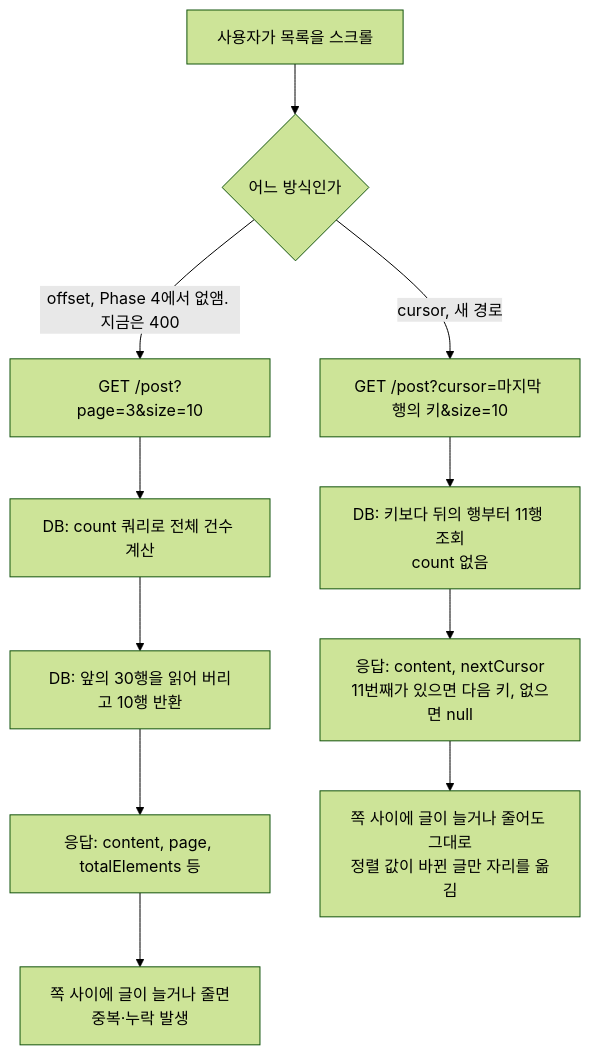
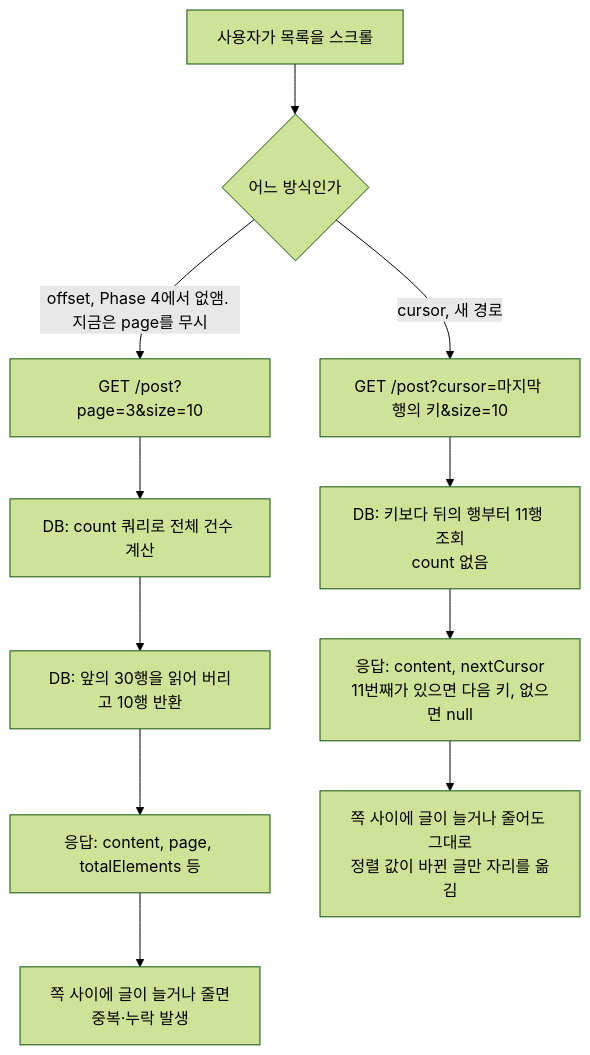
The first of 3 diagrams in docs/PAGINATION.md (BAECHAN/link-sphere_BE_NEW), drawn with Mermaid (forest theme) before and after one commit. The commit also changed other lines of this file and 12 other files, not shown here.

First line of the commit message:
refactor(post): page를 400으로 끝내던 코드도 지워 page는 무시함 (#198)

````diff
--- a/docs/PAGINATION.md
+++ b/docs/PAGINATION.md
@@ -20,13 +20,13 @@
 ```mermaid
 flowchart TD
   A["사용자가 목록을 스크롤"] --> B{"어느 방식인가"}
-  B -->|"offset, Phase 4에서 없앰. 지금은 400"| C["GET /post?page=3&size=10"]
+  B -->|"offset, Phase 4에서 없앰. 지금은 page를 무시"| C["GET /post?page=3&size=10"]
   C --> D["DB: count 쿼리로 전체 건수 계산"]
   D --> E["DB: 앞의 30행을 읽어 버리고 10행 반환"]
   E --> F["응답: content, page, totalElements 등"]
   F --> G["쪽 사이에 글이 늘거나 줄면<br/>중복·누락 발생"]
   B -->|"cursor, 새 경로"| H["GET /post?cursor=마지막 행의 키&size=10"]
   H --> I["DB: 키보다 뒤의 행부터 11행 조회<br/>count 없음"]
   I --> J["응답: content, nextCursor<br/>11번째가 있으면 다음 키, 없으면 null"]
   J --> K["쪽 사이에 글이 늘거나 줄어도 그대로<br/>정렬 값이 바뀐 글만 자리를 옮김"]
 ```
````
